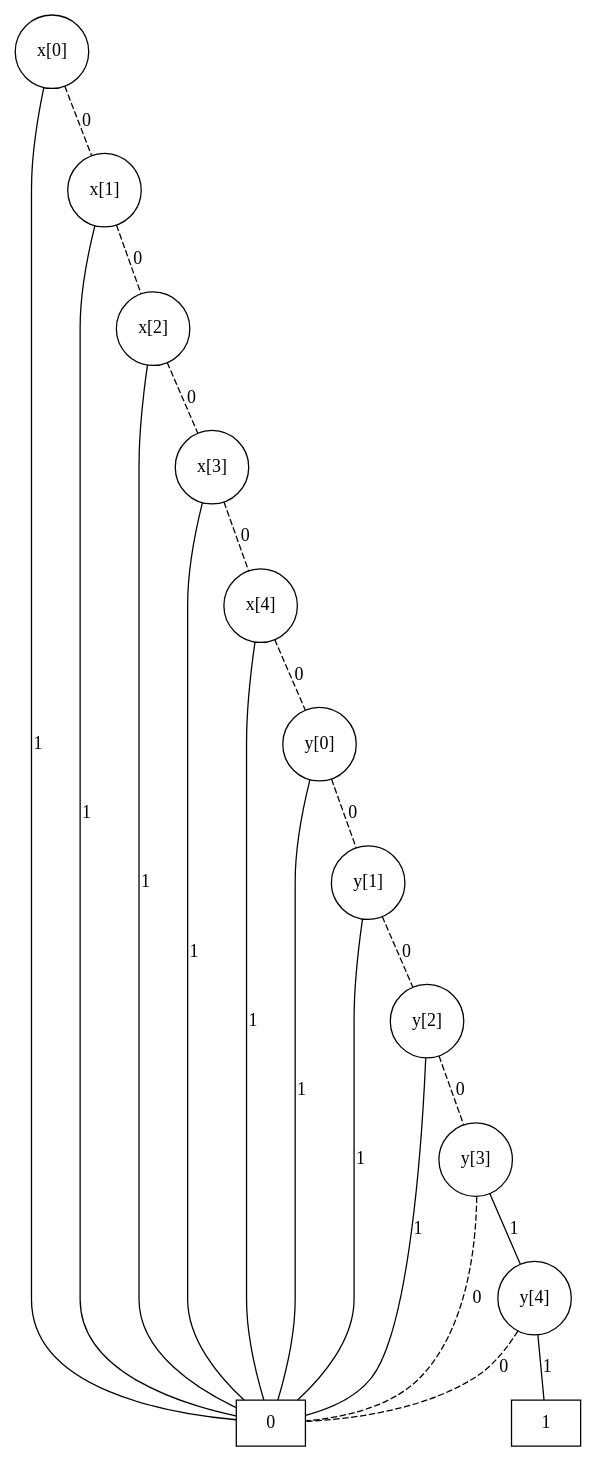
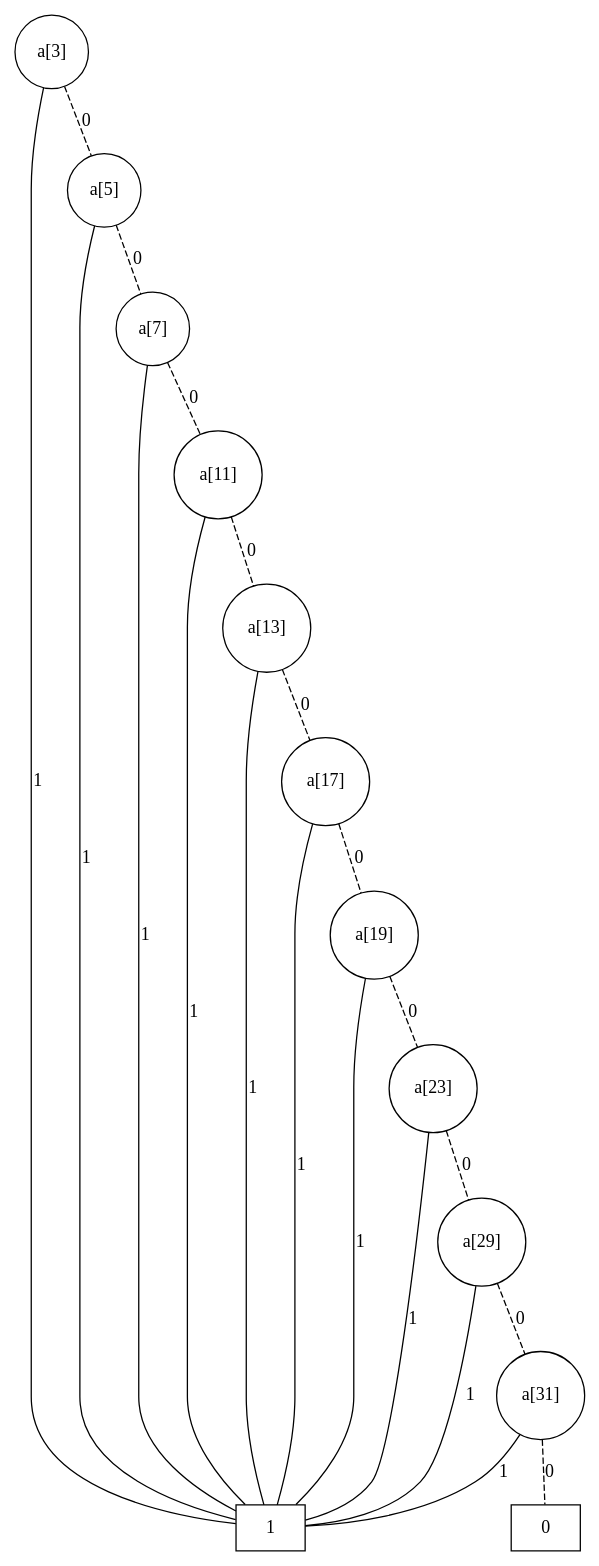
One commit to EthanRule/350-BDD-PyEDA changed the diagram in graph.dot. Above: the diagram before and after it, drawn with Graphviz. The commit also changed 1 other file, not shown here.

```diff
--- a/graph.dot
+++ b/graph.dot
@@ -1,1 +1,1 @@
-graph BDD { n2669164739664 [label=0,shape=box]; n2669165068752 [label=1,shape=box]; n2669226922720 [label="y[4]",shape=circle]; n2669226605984 [label="y[3]",shape=circle]; n2669226924544 [label="y[2]",shape=circle]; n2669226923104 [label="y[1]",shape=circle]; n2669226923824 [label="y[0]",shape=circle]; n2669226923920 [label="x[4]",shape=circle]; n2669226924016 [label="x[3]",shape=circle]; n2669226924112 [label="x[2]",shape=circle]; n2669226924160 [label="x[1]",shape=circle]; n2669226924928 [label="x[0]",shape=circle]; n2669226922720 -- n2669164739664 [label=0,style=dashed]; n2669226922720 -- n2669165068752 [label=1]; n2669226605984 -- n2669164739664 [label=0,style=dashed]; n2669226605984 -- n2669226922720 [label=1]; n2669226924544 -- n2669226605984 [label=0,style=dashed]; n2669226924544 -- n2669164739664 [label=1]; n2669226923104 -- n2669226924544 [label=0,style=dashed]; n2669226923104 -- n2669164739664 [label=1]; n2669226923824 -- n2669226923104 [label=0,style=dashed]; n2669226923824 -- n2669164739664 [label=1]; n2669226923920 -- n2669226923824 [label=0,style=dashed]; n2669226923920 -- n2669164739664 [label=1]; n2669226924016 -- n2669226923920 [label=0,style=dashed]; n2669226924016 -- n2669164739664 [label=1]; n2669226924112 -- n2669226924016 [label=0,style=dashed]; n2669226924112 -- n2669164739664 [label=1]; n2669226924160 -- n2669226924112 [label=0,style=dashed]; n2669226924160 -- n2669164739664 [label=1]; n2669226924928 -- n2669226924160 [label=0,style=dashed]; n2669226924928 -- n2669164739664 [label=1]; }
+graph BDD { n3018330185008 [label=0,shape=box]; n3018330446048 [label=1,shape=box]; n3018391974496 [label="a[31]",shape=circle]; n3018391975408 [label="a[29]",shape=circle]; n3018391967680 [label="a[23]",shape=circle]; n3018391967248 [label="a[19]",shape=circle]; n3018391966960 [label="a[17]",shape=circle]; n3018391966672 [label="a[13]",shape=circle]; n3018391966384 [label="a[11]",shape=circle]; n3018391966096 [label="a[7]",shape=circle]; n3018391965808 [label="a[5]",shape=circle]; n3018384243888 [label="a[3]",shape=circle]; n3018391974496 -- n3018330185008 [label=0,style=dashed]; n3018391974496 -- n3018330446048 [label=1]; n3018391975408 -- n3018391974496 [label=0,style=dashed]; n3018391975408 -- n3018330446048 [label=1]; n3018391967680 -- n3018391975408 [label=0,style=dashed]; n3018391967680 -- n3018330446048 [label=1]; n3018391967248 -- n3018391967680 [label=0,style=dashed]; n3018391967248 -- n3018330446048 [label=1]; n3018391966960 -- n3018391967248 [label=0,style=dashed]; n3018391966960 -- n3018330446048 [label=1]; n3018391966672 -- n3018391966960 [label=0,style=dashed]; n3018391966672 -- n3018330446048 [label=1]; n3018391966384 -- n3018391966672 [label=0,style=dashed]; n3018391966384 -- n3018330446048 [label=1]; n3018391966096 -- n3018391966384 [label=0,style=dashed]; n3018391966096 -- n3018330446048 [label=1]; n3018391965808 -- n3018391966096 [label=0,style=dashed]; n3018391965808 -- n3018330446048 [label=1]; n3018384243888 -- n3018391965808 [label=0,style=dashed]; n3018384243888 -- n3018330446048 [label=1]; }
```
